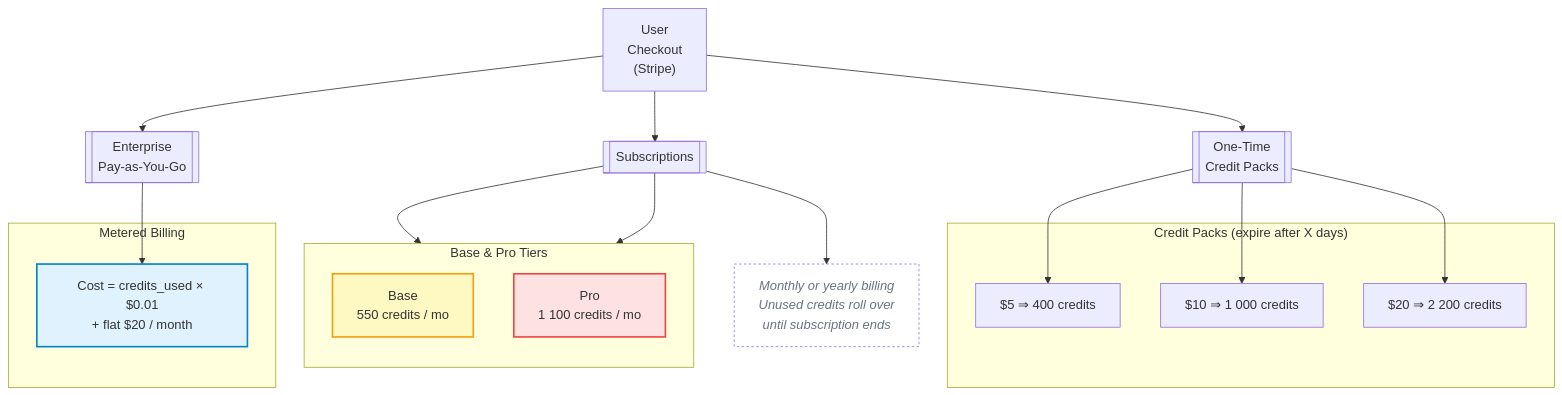
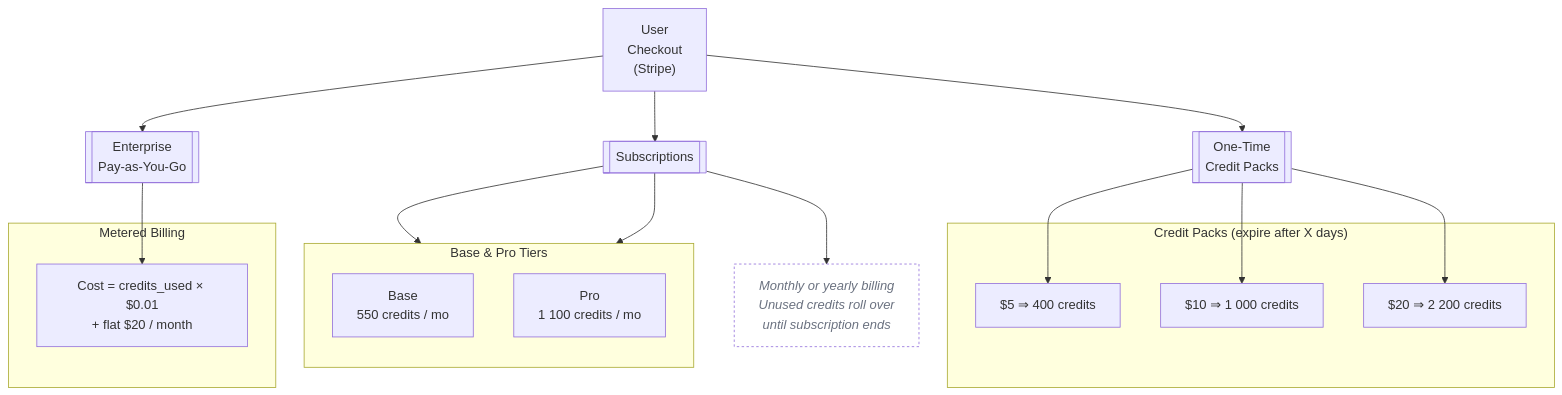
Before and after one commit to AlexandruGirlea/doodleops-public: the third of 4 diagrams in ReadMe.md, drawn with Mermaid. The commit also changed other lines of this file and 6 other files, not shown here.

Commit message:
docs: update mermaid diagrams & ChangeLog Dates

````diff
--- a/ReadMe.md
+++ b/ReadMe.md
@@ -113,46 +100,43 @@
 ```mermaid
 %%{init: {'flowchart': {'title': 'Stripe Billing Options for DoodleOps'}}}%%
 flowchart TB
     direction LR
 
     U["User<br/>Checkout<br/>(Stripe)"]
 
     U --> A1[[One-Time<br/>Credit Packs]]
     U --> B1[[Subscriptions]]
     U --> C1[[Enterprise<br/>Pay-as-You-Go]]
 
     %% ───────── Credit Packs ─────────
     subgraph "Credit Packs (expire after X days)"
         A2["$5 ⇒ 400 credits"]
         A3["$10 ⇒ 1 000 credits"]
         A4["$20 ⇒ 2 200 credits"]
     end
     A1 --> A2 & A3 & A4
 
     %% ───────── Subscriptions ─────────
     subgraph "Base & Pro Tiers"
         direction TB
         B2["Base<br/>550 credits / mo"]
         B3["Pro<br/>1 100 credits / mo"]
         class B2 tierBase
         class B3 tierPro
     end
     B1 --> B2 & B3
 
     Bnote["Monthly or yearly billing<br/>Unused credits roll over<br/>until subscription ends"]
     B1 --> Bnote
 
     %% ───────── Enterprise ─────────
     subgraph "Metered Billing"
         C2["Cost = credits_used × $0.01<br/>+ flat $20 / month"]
         class C2 tierEnt
     end
     C1 --> C2
 
     %% Styles
-    classDef tierBase fill:#fef9c3,stroke:#f59e0b,stroke-width:2px;
-    classDef tierPro  fill:#fee2e2,stroke:#ef4444,stroke-width:2px;
-    classDef tierEnt  fill:#e0f2fe,stroke:#0284c7,stroke-width:2px;
     classDef note     fill:#ffffff,stroke-dasharray:3 3,color:#6b7280,font-style:italic;
     class Bnote note
 ```
````
